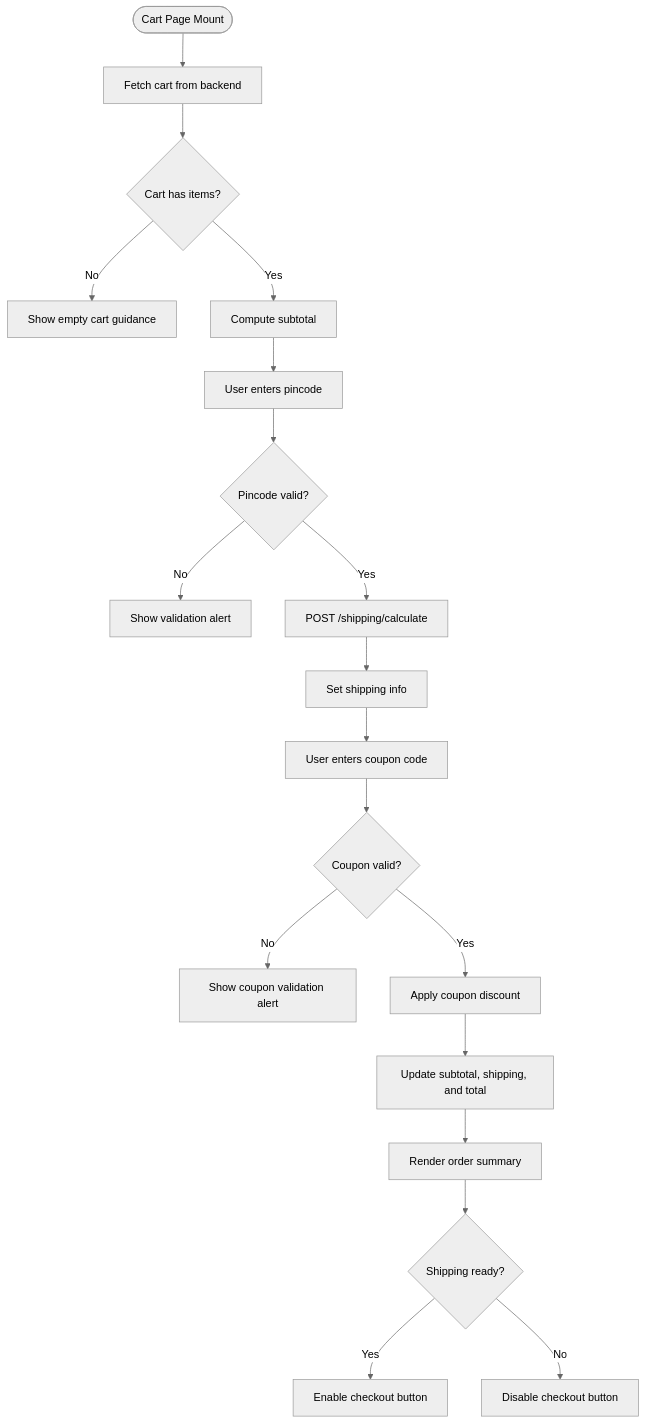
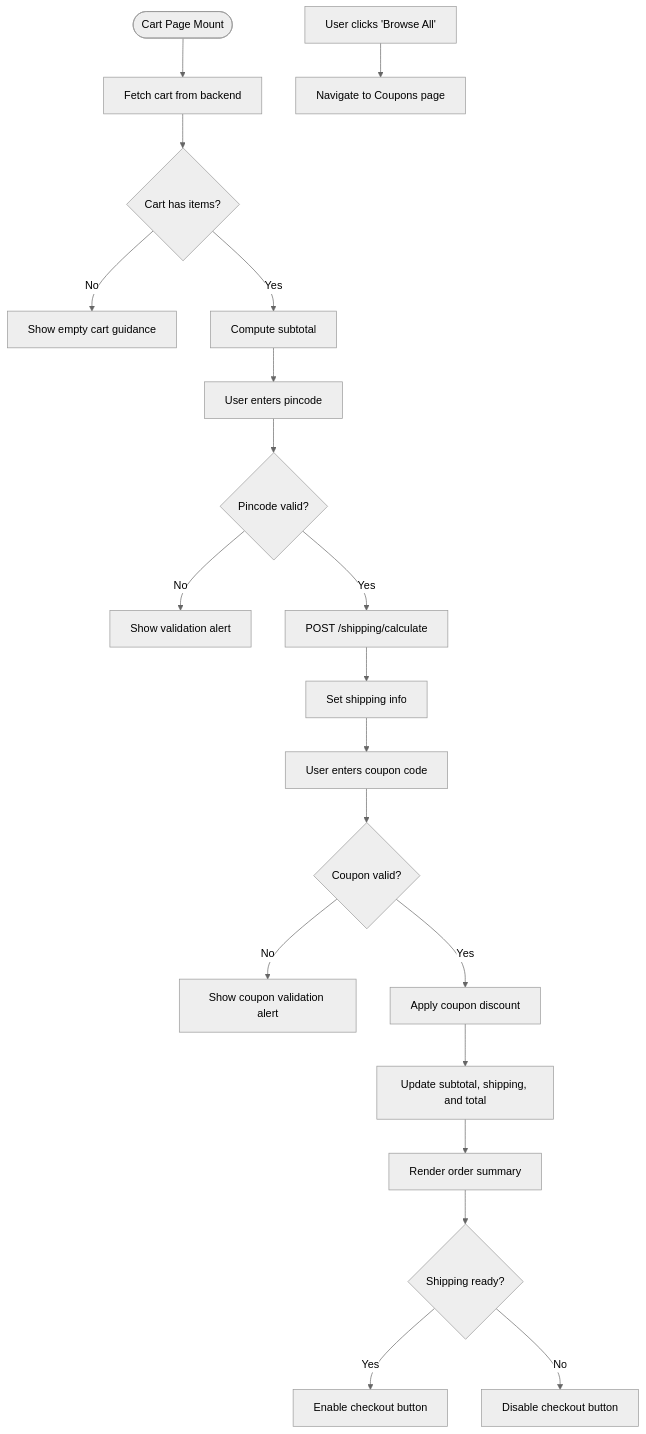
The fourth of 11 diagrams in .qoder/repowiki/en/content/Shopping Experience/Shopping Cart Management.md (Pavan-PSPK9032/TrendsandToss), drawn with Mermaid (neutral theme) before and after one commit. The commit also changed other lines of this file and 24 other files, not shown here.

````diff
--- a/.qoder/repowiki/en/content/Shopping Experience/Shopping Cart Management.md
+++ b/.qoder/repowiki/en/content/Shopping Experience/Shopping Cart Management.md
@@ -231,21 +248,22 @@
 ```mermaid
 flowchart TD
 Start(["Cart Page Mount"]) --> LoadCart["Fetch cart from backend"]
 LoadCart --> HasItems{"Cart has items?"}
 HasItems --> |No| EmptyState["Show empty cart guidance"]
 HasItems --> |Yes| ComputeSubtotal["Compute subtotal"]
 ComputeSubtotal --> PincodeEntry["User enters pincode"]
 PincodeEntry --> ValidatePin{"Pincode valid?"}
 ValidatePin --> |No| ShowAlert["Show validation alert"]
 ValidatePin --> |Yes| CallShipping["POST /shipping/calculate"]
 CallShipping --> UpdateShipping["Set shipping info"]
 UpdateShipping --> CouponEntry["User enters coupon code"]
 CouponEntry --> ValidateCoupon{"Coupon valid?"}
 ValidateCoupon --> |No| ShowCouponAlert["Show coupon validation alert"]
 ValidateCoupon --> |Yes| ApplyCoupon["Apply coupon discount"]
 ApplyCoupon --> UpdateTotals["Update subtotal, shipping, and total"]
 UpdateTotals --> RenderSummary["Render order summary"]
 RenderSummary --> ReadyToCheckout{"Shipping ready?"}
 ReadyToCheckout --> |Yes| EnableCheckout["Enable checkout button"]
 ReadyToCheckout --> |No| DisableCheckout["Disable checkout button"]
+BrowseAll["User clicks 'Browse All'"] --> NavigateCoupons["Navigate to Coupons page"]
 ```
````
